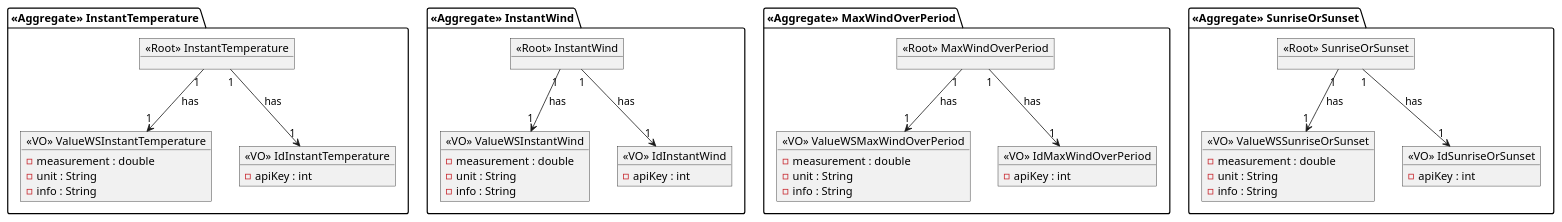
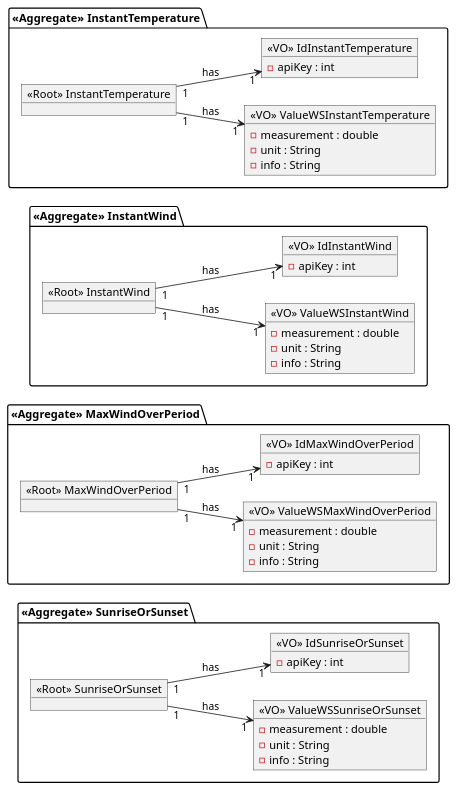
Before and after one commit to Filipe-A-Cruz/WeatherService: the diagram in src/diagrams/coreDiagrams/domainModel.puml, drawn with PlantUML. The commit also changed 1 other file, not shown here.

```diff
--- a/src/diagrams/coreDiagrams/domainModel.puml
+++ b/src/diagrams/coreDiagrams/domainModel.puml
@@ -1,72 +1,74 @@
 @startuml
 'https://plantuml.com/class-diagram
 
-package "<<Aggregate>> InstantTemperature" {
-    object "<<Root>> InstantTemperature" as InstantTemperature
+left to right direction
 
-    object "<<VO>> ValueWSInstantTemperature" as ValueWSInstantTemperature {
+package "<<Aggregate>> SunriseOrSunset" {
+    object "<<Root>> SunriseOrSunset" as SunriseOrSunset
+
+    object "<<VO>> ValueWSSunriseOrSunset" as ValueWSSunriseOrSunset {
     - measurement : double
     - unit : String
     - info : String
     }
 
-    object "<<VO>> IdInstantTemperature" as IdInstantTemperature {
+    object "<<VO>> IdSunriseOrSunset" as IdSunriseOrSunset {
+    - apiKey : int
+    }
+}
+
+package "<<Aggregate>> MaxWindOverPeriod" {
+    object "<<Root>> MaxWindOverPeriod" as MaxWindOverPeriod
+
+    object "<<VO>> ValueWSMaxWindOverPeriod" as ValueWSMaxWindOverPeriod {
+    - measurement : double
+    - unit : String
+    - info : String
+    }
+
+    object "<<VO>> IdMaxWindOverPeriod" as IdMaxWindOverPeriod {
     - apiKey : int
     }
 }
 
 package "<<Aggregate>> InstantWind" {
     object "<<Root>> InstantWind" as InstantWind
 
     object "<<VO>> ValueWSInstantWind" as ValueWSInstantWind {
     - measurement : double
     - unit : String
     - info : String
     }
 
     object "<<VO>> IdInstantWind" as IdInstantWind {
     - apiKey : int
     }
 }
 
-package "<<Aggregate>> MaxWindOverPeriod" {
-    object "<<Root>> MaxWindOverPeriod" as MaxWindOverPeriod
+package "<<Aggregate>> InstantTemperature" {
+    object "<<Root>> InstantTemperature" as InstantTemperature
 
-    object "<<VO>> ValueWSMaxWindOverPeriod" as ValueWSMaxWindOverPeriod {
+    object "<<VO>> ValueWSInstantTemperature" as ValueWSInstantTemperature {
     - measurement : double
     - unit : String
     - info : String
     }
 
-    object "<<VO>> IdMaxWindOverPeriod" as IdMaxWindOverPeriod {
+    object "<<VO>> IdInstantTemperature" as IdInstantTemperature {
     - apiKey : int
     }
 }
 
-package "<<Aggregate>> SunriseOrSunset" {
-    object "<<Root>> SunriseOrSunset" as SunriseOrSunset
+SunriseOrSunset "1" --> "1" ValueWSSunriseOrSunset : has
+SunriseOrSunset "1" --> "1" IdSunriseOrSunset : has
 
-    object "<<VO>> ValueWSSunriseOrSunset" as ValueWSSunriseOrSunset {
-    - measurement : double
-    - unit : String
-    - info : String
-    }
+MaxWindOverPeriod "1" --> "1" ValueWSMaxWindOverPeriod : has
+MaxWindOverPeriod "1" --> "1" IdMaxWindOverPeriod : has
 
-    object "<<VO>> IdSunriseOrSunset" as IdSunriseOrSunset {
-    - apiKey : int
-    }
-}
+InstantWind "1" --> "1" ValueWSInstantWind : has
+InstantWind "1" --> "1" IdInstantWind : has
 
 InstantTemperature "1" --> "1" ValueWSInstantTemperature : has
 InstantTemperature "1" --> "1" IdInstantTemperature : has
 
-InstantWind "1" --> "1" ValueWSInstantWind : has
-InstantWind "1" --> "1" IdInstantWind : has
-
-MaxWindOverPeriod "1" --> "1" ValueWSMaxWindOverPeriod : has
-MaxWindOverPeriod "1" --> "1" IdMaxWindOverPeriod : has
-
-SunriseOrSunset "1" --> "1" ValueWSSunriseOrSunset : has
-SunriseOrSunset "1" --> "1" IdSunriseOrSunset : has
-
 @enduml
```
